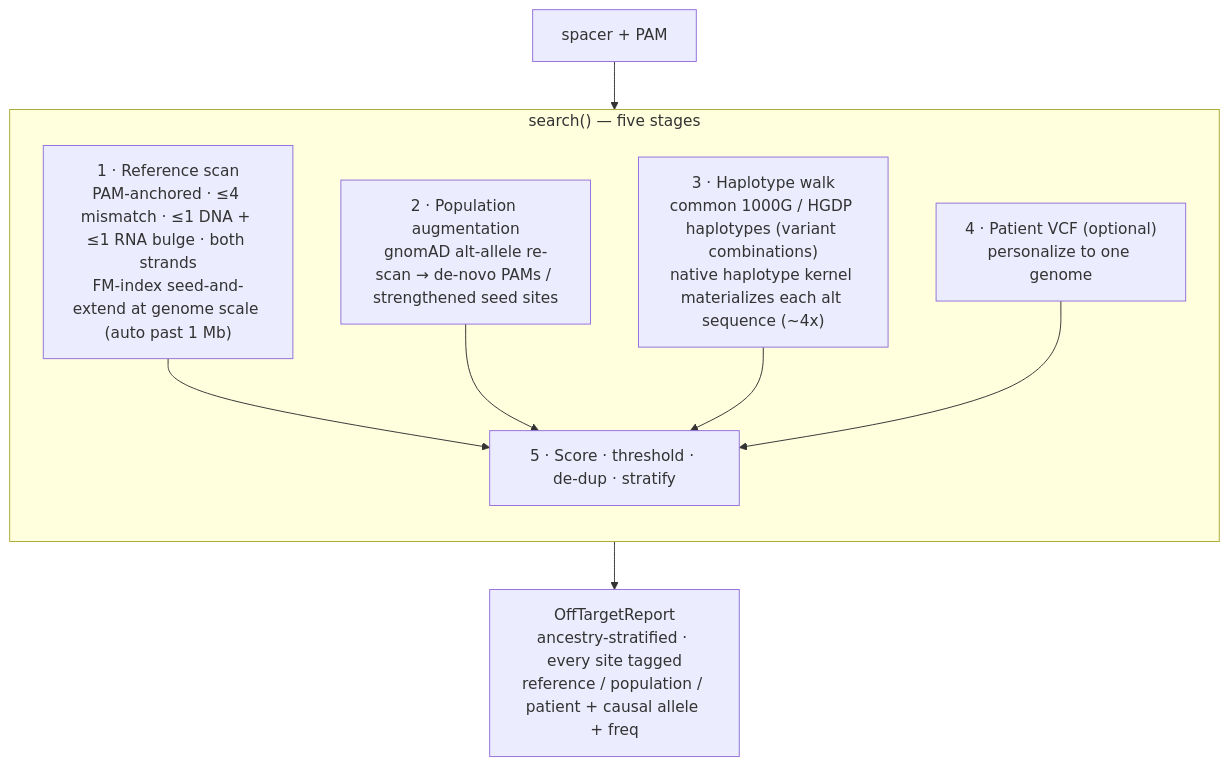
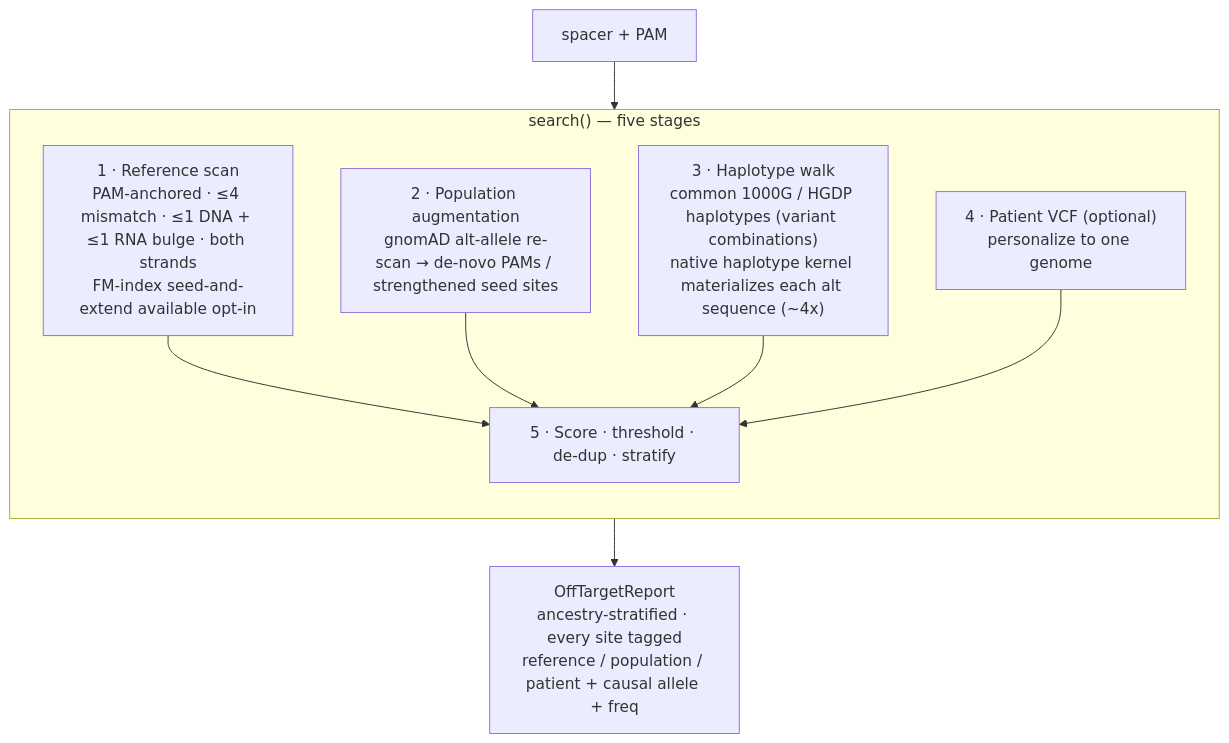
The fourth of 13 diagrams in README.md (clay-good/alleleforge), drawn with Mermaid before and after one commit. The commit also changed other lines of this file and 5 other files, not shown here.

````diff
--- a/README.md
+++ b/README.md
@@ -471,17 +471,17 @@
 ```mermaid
 flowchart TB
     SP["spacer + PAM"] --> S1
     subgraph ENG["search() — five stages"]
         direction TB
-        S1["1 · Reference scan<br/>PAM-anchored · ≤4 mismatch · ≤1 DNA + ≤1 RNA bulge · both strands<br/>FM-index seed-and-extend at genome scale (auto past 1 Mb)"]
+        S1["1 · Reference scan<br/>PAM-anchored · ≤4 mismatch · ≤1 DNA + ≤1 RNA bulge · both strands<br/>FM-index seed-and-extend available opt-in"]
         S2["2 · Population augmentation<br/>gnomAD alt-allele re-scan → de-novo PAMs / strengthened seed sites"]
         S3["3 · Haplotype walk<br/>common 1000G / HGDP haplotypes (variant combinations)<br/>native haplotype kernel materializes each alt sequence (~4x)"]
         S4["4 · Patient VCF (optional)<br/>personalize to one genome"]
         S5["5 · Score · threshold · de-dup · stratify"]
         S1 --> S5
         S2 --> S5
         S3 --> S5
         S4 --> S5
     end
     S5 --> R["OffTargetReport<br/>ancestry-stratified · every site tagged<br/>reference / population / patient + causal allele + freq"]
 ```
````
